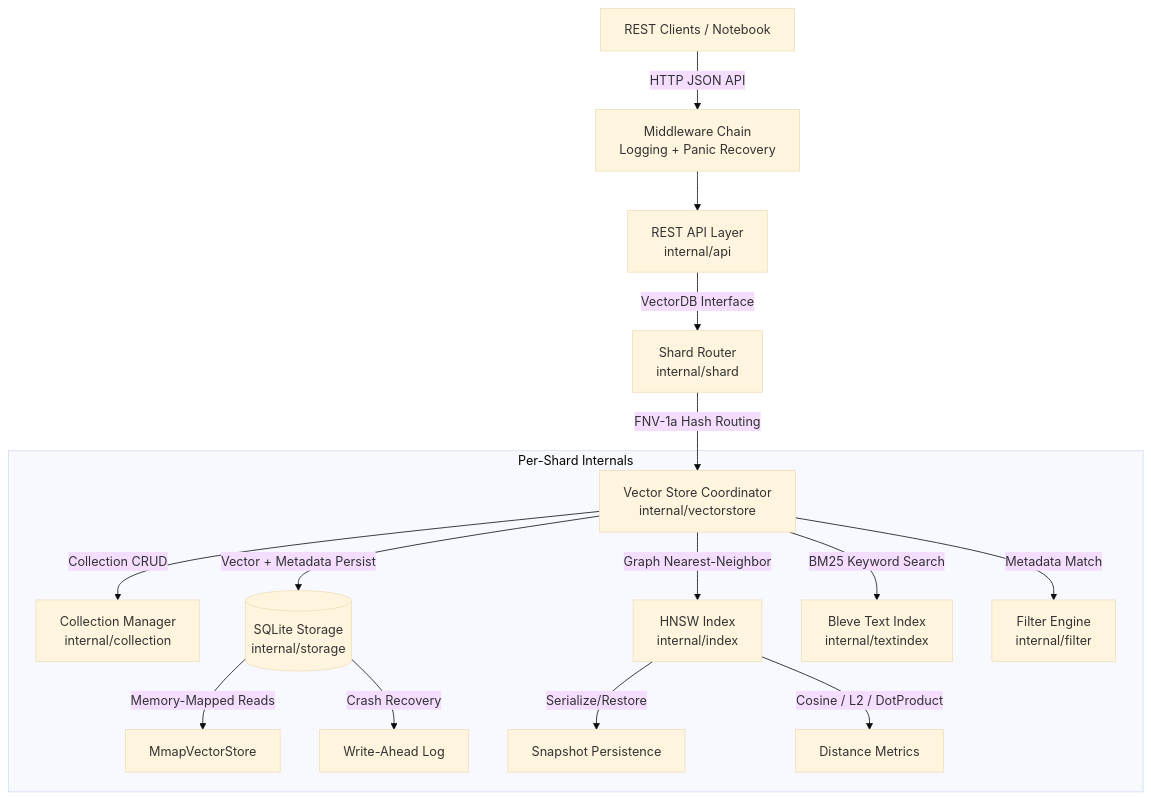
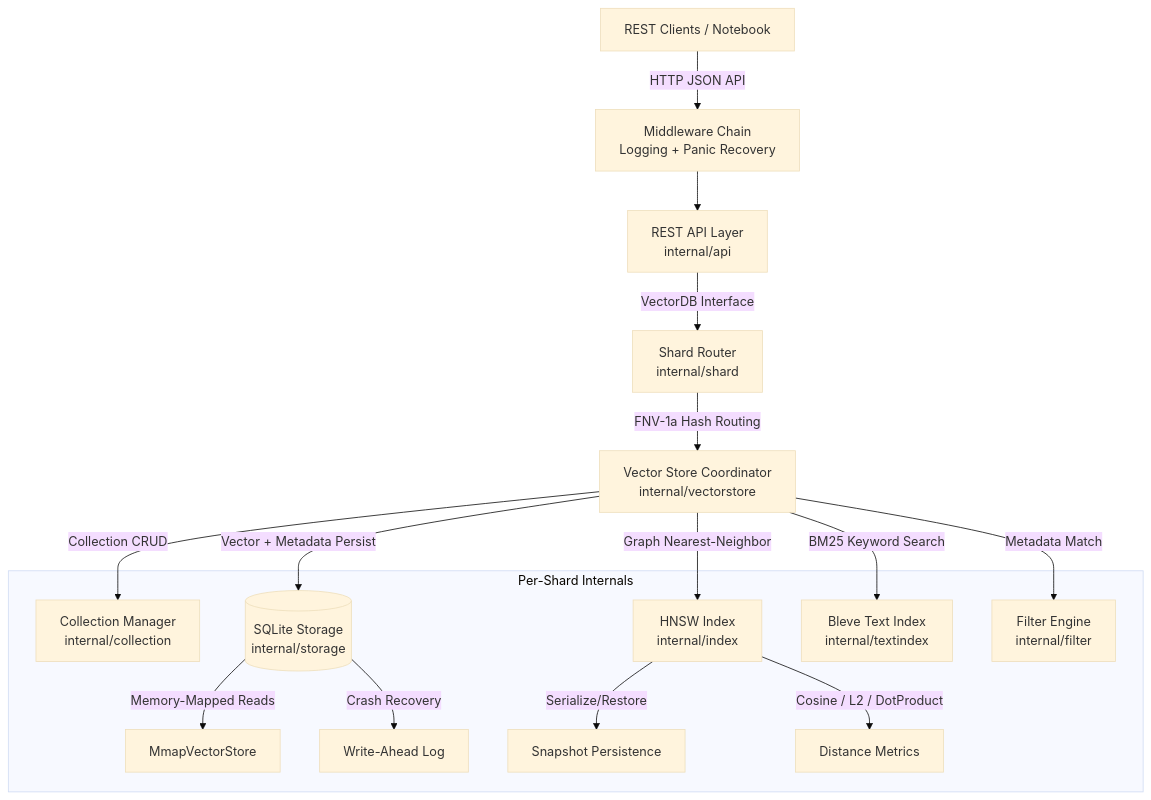
The diagram in README.md (LaxmiNarayana31/helix-db), drawn with Mermaid (base theme) before and after one commit. The commit also changed other lines of this file, not shown here.

Commit message:
feat: enhance README.md with detailed architecture and environment setup instructions

````diff
--- a/README.md
+++ b/README.md
@@ -11,19 +11,30 @@
 ```mermaid
 graph TD
-    Client[REST Clients / Notebook] -->|HTTP JSON API| MW[Middleware Chain<br/>Logging + Panic Recovery]
-    MW --> API[REST API Layer<br/>internal/api]
-    API -->|VectorDB Interface| Router[Shard Router<br/>internal/shard]
-    Router -->|FNV-1a Hash Routing| Store[Vector Store Coordinator<br/>internal/vectorstore]
+    Client["REST Clients / Notebook"] -->|HTTP JSON API| MW["Middleware Chain<br/>Logging + Panic Recovery"]
+    MW --> API["REST API Layer<br/>internal/api"]
+    API -->|VectorDB Interface| Router["Shard Router<br/>internal/shard"]
+    Router -->|FNV-1a Hash Routing| Store["Vector Store Coordinator<br/>internal/vectorstore"]
   
-    subgraph Per-Shard Internals
-        Store -->|Collection CRUD| CM[Collection Manager<br/>internal/collection]
-        Store -->|Vector + Metadata Persist| SQLite[(SQLite Storage<br/>internal/storage)]
-        Store -->|Graph Nearest-Neighbor| HNSW[HNSW Index<br/>internal/index]
-        Store -->|BM25 Keyword Search| Bleve[Bleve Text Index<br/>internal/textindex]
-        Store -->|Metadata Match| Filter[Filter Engine<br/>internal/filter]
-        SQLite -->|Memory-Mapped Reads| Mmap[MmapVectorStore]
-        SQLite -->|Crash Recovery| WAL[Write-Ahead Log]
-        HNSW -->|Serialize/Restore| Snap[Snapshot Persistence]
-        HNSW -->|Cosine / L2 / DotProduct| Dist[Distance Metrics]
+    subgraph PerShard ["Per-Shard Internals"]
+        CM["Collection Manager<br/>internal/collection"]
+        SQLite[("SQLite Storage<br/>internal/storage")]
+        HNSW["HNSW Index<br/>internal/index"]
+        Bleve["Bleve Text Index<br/>internal/textindex"]
+        Filter["Filter Engine<br/>internal/filter"]
+        Mmap["MmapVectorStore"]
+        WAL["Write-Ahead Log"]
+        Snap["Snapshot Persistence"]
+        Dist["Distance Metrics"]
     end
+
+    Store -->|Collection CRUD| CM
+    Store -->|Vector + Metadata Persist| SQLite
+    Store -->|Graph Nearest-Neighbor| HNSW
+    Store -->|BM25 Keyword Search| Bleve
+    Store -->|Metadata Match| Filter
+
+    SQLite -->|Memory-Mapped Reads| Mmap
+    SQLite -->|Crash Recovery| WAL
+    HNSW -->|Serialize/Restore| Snap
+    HNSW -->|Cosine / L2 / DotProduct| Dist
 ```
````
